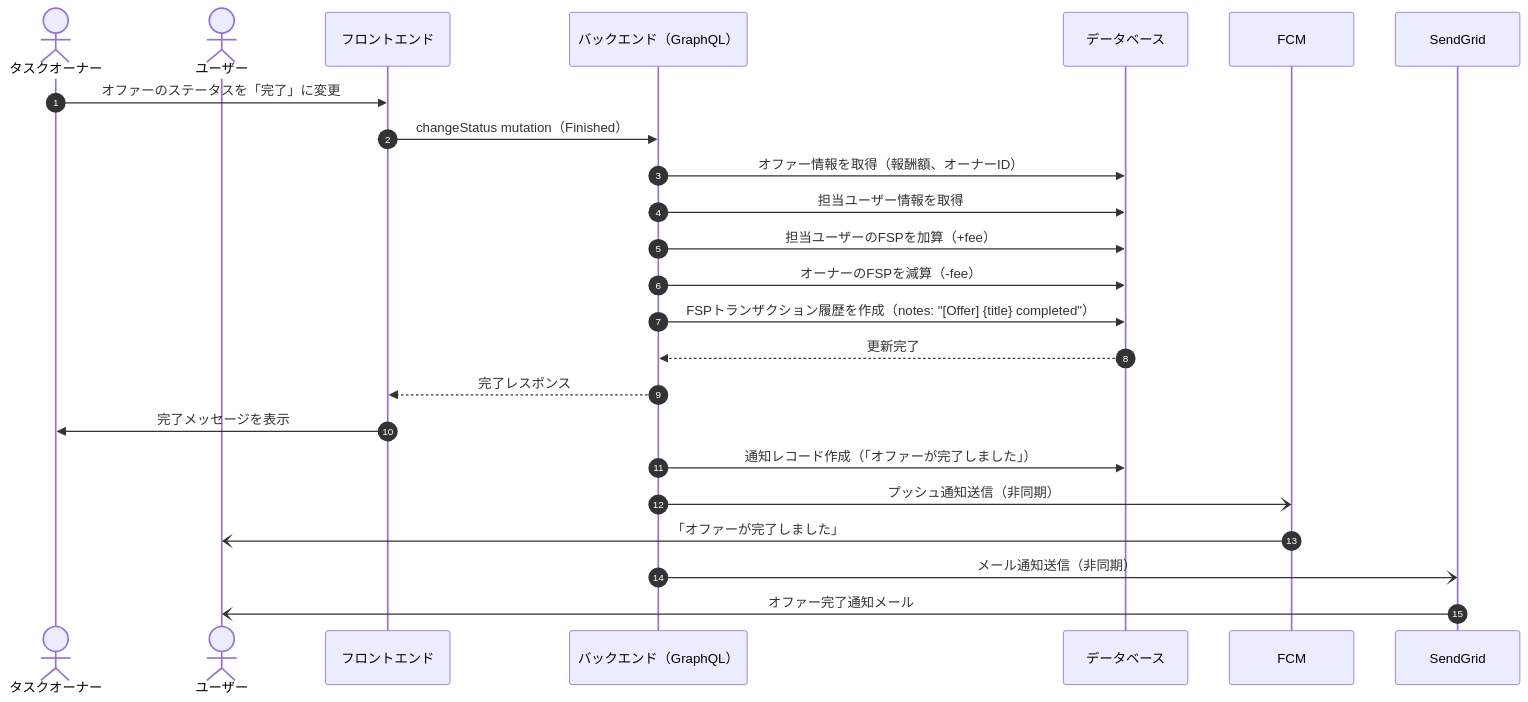
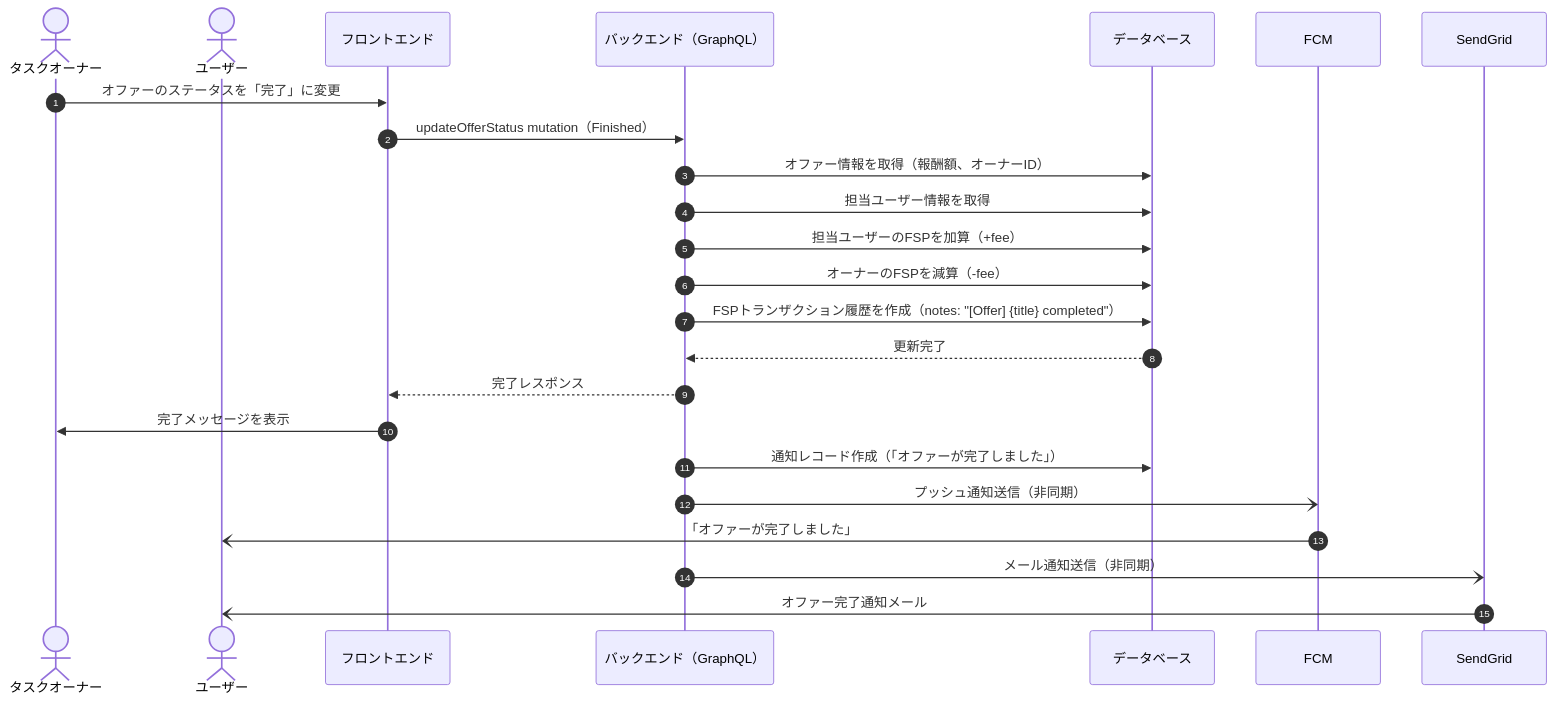
Before and after one commit to sc-hosokawa/frienda: the tenth of 13 diagrams in docs/sequence-diagrams.md, drawn with Mermaid. The commit also changed other lines of this file, not shown here.

````diff
--- a/docs/sequence-diagrams.md
+++ b/docs/sequence-diagrams.md
@@ -440,34 +440,34 @@
 ```mermaid
 sequenceDiagram
     autonumber
 
     actor オーナー as タスクオーナー
     actor ユーザー
     participant フロントエンド
     participant バックエンド as バックエンド（GraphQL）
     participant データベース
     participant FCM
     participant SendGrid
 
     オーナー->>フロントエンド: オファーのステータスを「完了」に変更
-    フロントエンド->>バックエンド: changeStatus mutation（Finished）
+    フロントエンド->>バックエンド: updateOfferStatus mutation（Finished）
 
     バックエンド->>データベース: オファー情報を取得（報酬額、オーナーID）
     バックエンド->>データベース: 担当ユーザー情報を取得
 
     %% ポイント移転
     バックエンド->>データベース: 担当ユーザーのFSPを加算（+fee）
     バックエンド->>データベース: オーナーのFSPを減算（-fee）
     バックエンド->>データベース: FSPトランザクション履歴を作成（notes: "[Offer] {title} completed"）
     データベース-->>バックエンド: 更新完了
 
     バックエンド-->>フロントエンド: 完了レスポンス
     フロントエンド->>オーナー: 完了メッセージを表示
 
     %% 通知（担当ユーザーへ）
     バックエンド->>データベース: 通知レコード作成（「オファーが完了しました」）
     バックエンド-)FCM: プッシュ通知送信（非同期）
     FCM-)ユーザー: 「オファーが完了しました」
     バックエンド-)SendGrid: メール通知送信（非同期）
     SendGrid-)ユーザー: オファー完了通知メール
 ```
````
